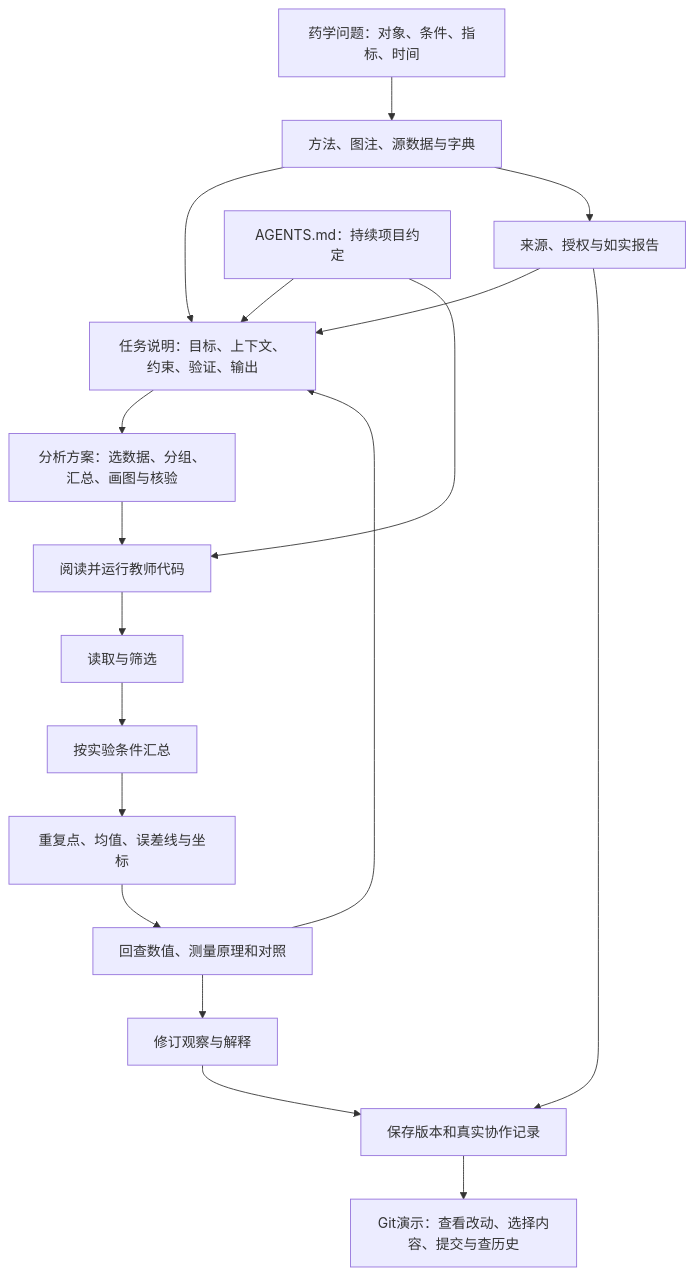
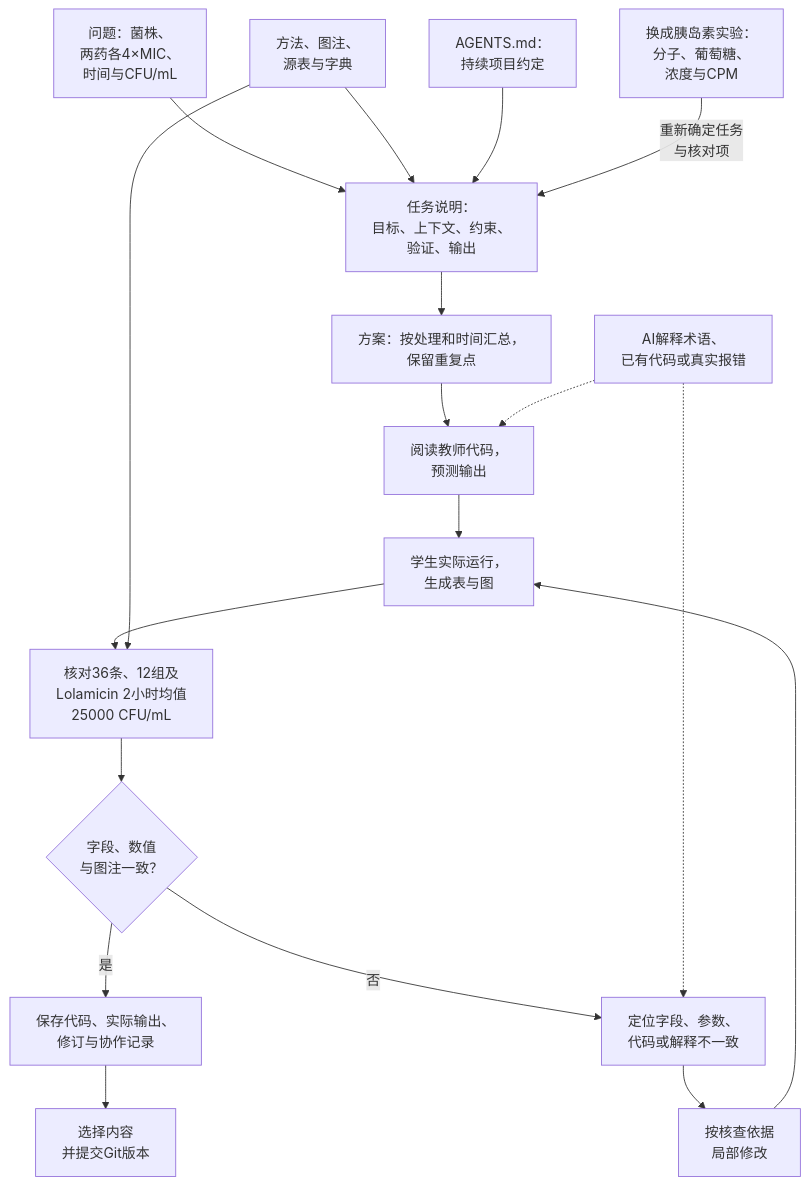
The second of 2 diagrams in docs/chapters/chapter-3/index.md (luvega/AI_MED_DataVis), drawn with Mermaid before and after one commit. The commit also changed other lines of this file and 30 other files, not shown here.

Commit message:
Redraw textbook diagrams and correct data-flow relationships

````diff
--- a/docs/chapters/chapter-3/index.md
+++ b/docs/chapters/chapter-3/index.md
@@ -318,20 +318,20 @@
 ```mermaid
 flowchart TD
-    Q[药学问题：对象、条件、指标、时间] --> M[方法、图注、源数据与字典]
-    M --> T[任务说明：目标、上下文、约束、验证、输出]
-    T --> P[分析方案：选数据、分组、汇总、画图与核验]
-    P --> C[阅读并运行教师代码]
-    C --> R[读取与筛选]
-    R --> S[按实验条件汇总]
-    S --> F[重复点、均值、误差线与坐标]
-    F --> V[回查数值、测量原理和对照]
-    V --> I[修订观察与解释]
-    I --> L[保存版本和真实协作记录]
-    V --> T
-    M --> E[来源、授权与如实报告]
-    E --> T
-    E --> L
-    A[AGENTS.md：持续项目约定] --> T
-    A --> C
-    L --> G[Git演示：查看改动、选择内容、提交与查历史]
+    Q["问题：菌株、<br/>两药各4×MIC、<br/>时间与CFU/mL"] --> T["任务说明：<br/>目标、上下文、约束、<br/>验证、输出"]
+    M["方法、图注、<br/>源表与字典"] --> T
+    A["AGENTS.md：<br/>持续项目约定"] --> T
+    T --> P["方案：按处理和时间汇总，<br/>保留重复点"]
+    P --> C["阅读教师代码，<br/>预测输出"]
+    AI["AI解释术语、<br/>已有代码或真实报错"] -.-> C
+    C --> RUN["学生实际运行，<br/>生成表与图"]
+    RUN --> V["核对36条、12组及<br/>Lolamicin 2小时均值<br/>25000 CFU/mL"]
+    M --> V
+    V --> CHECK{"字段、数值<br/>与图注一致？"}
+    CHECK -->|是| L["保存代码、实际输出、<br/>修订与协作记录"]
+    CHECK -->|否| D["定位字段、参数、<br/>代码或解释不一致"]
+    AI -.-> D
+    D --> FIX["按核查依据<br/>局部修改"]
+    FIX --> RUN
+    L --> G["选择内容<br/>并提交Git版本"]
+    B["换成胰岛素实验：<br/>分子、葡萄糖、<br/>浓度与CPM"] -->|"重新确定任务<br/>与核对项"| T
 ```
````
